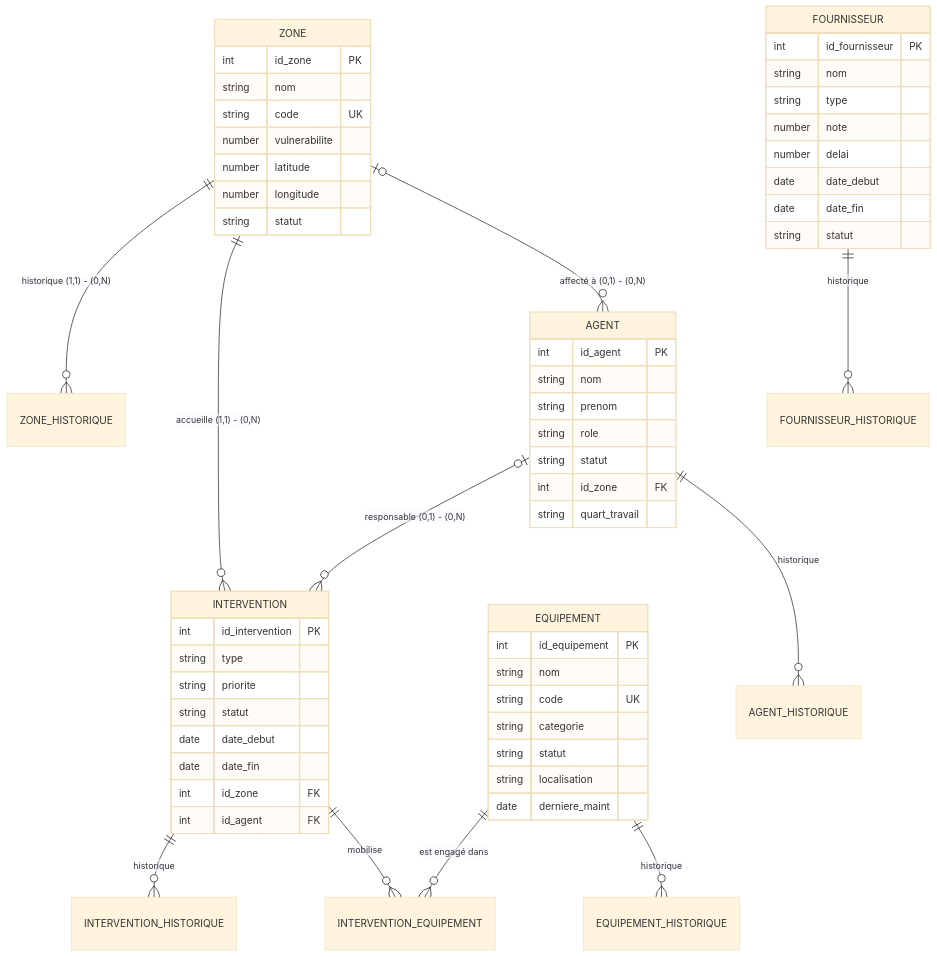
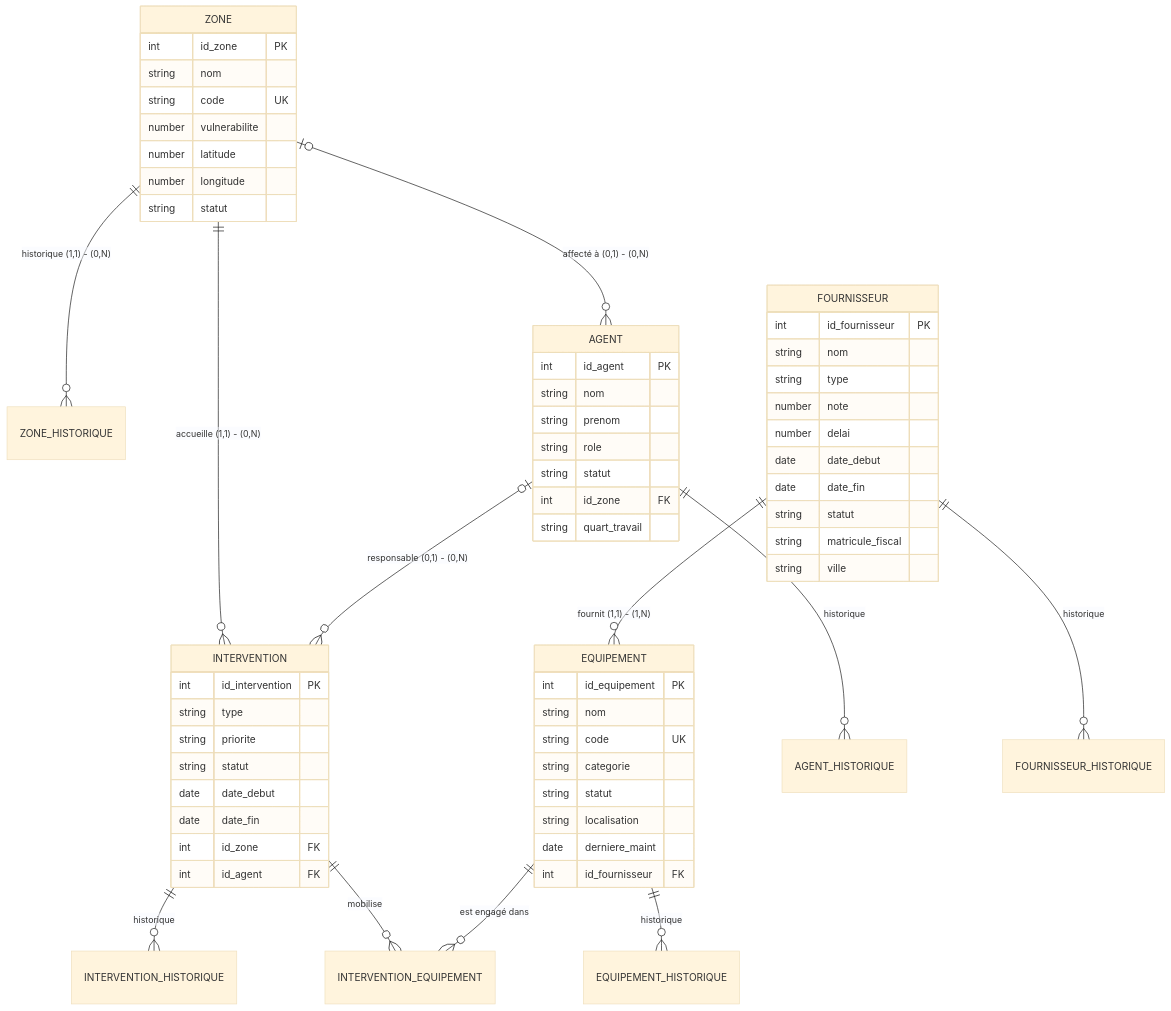
The diagram in docs/MODELE_DONNEES.md (AwebWing/Project-meteo), drawn with Mermaid (base theme) before and after one commit. The commit also changed other lines of this file and 11 other files, not shown here.

````diff
--- a/docs/MODELE_DONNEES.md
+++ b/docs/MODELE_DONNEES.md
@@ -8,61 +8,65 @@
 ```mermaid
 erDiagram
     ZONE ||--o{ ZONE_HISTORIQUE : "historique (1,1) - (0,N)"
     ZONE ||--o{ INTERVENTION : "accueille (1,1) - (0,N)"
     ZONE |o--o{ AGENT : "affecté à (0,1) - (0,N)"
     AGENT |o--o{ INTERVENTION : "responsable (0,1) - (0,N)"
     INTERVENTION ||--o{ INTERVENTION_HISTORIQUE : "historique"
     INTERVENTION ||--o{ INTERVENTION_EQUIPEMENT : "mobilise"
     EQUIPEMENT ||--o{ INTERVENTION_EQUIPEMENT : "est engagé dans"
+    FOURNISSEUR ||--o{ EQUIPEMENT : "fournit (1,1) - (1,N)"
     EQUIPEMENT ||--o{ EQUIPEMENT_HISTORIQUE : "historique"
     AGENT ||--o{ AGENT_HISTORIQUE : "historique"
     FOURNISSEUR ||--o{ FOURNISSEUR_HISTORIQUE : "historique"
 
     ZONE {
         int    id_zone PK
         string nom
         string code UK
         number vulnerabilite
         number latitude
         number longitude
         string statut
     }
     EQUIPEMENT {
         int    id_equipement PK
         string nom
         string code UK
         string categorie
         string statut
         string localisation
         date   derniere_maint
+        int    id_fournisseur FK
     }
     AGENT {
         int    id_agent PK
         string nom
         string prenom
         string role
         string statut
         int    id_zone FK
         string quart_travail
     }
     INTERVENTION {
         int    id_intervention PK
         string type
         string priorite
         string statut
         date   date_debut
         date   date_fin
         int    id_zone FK
         int    id_agent FK
     }
     FOURNISSEUR {
         int    id_fournisseur PK
         string nom
         string type
         number note
         number delai
         date   date_debut
         date   date_fin
         string statut
+        string matricule_fiscal
+        string ville
     }
 ```
````
